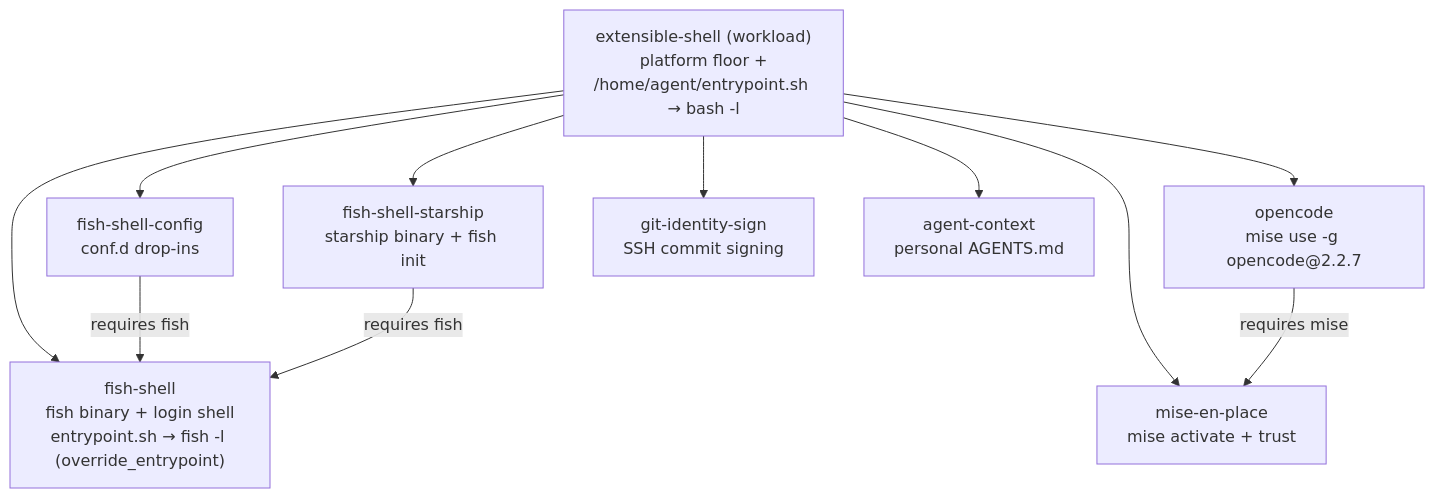
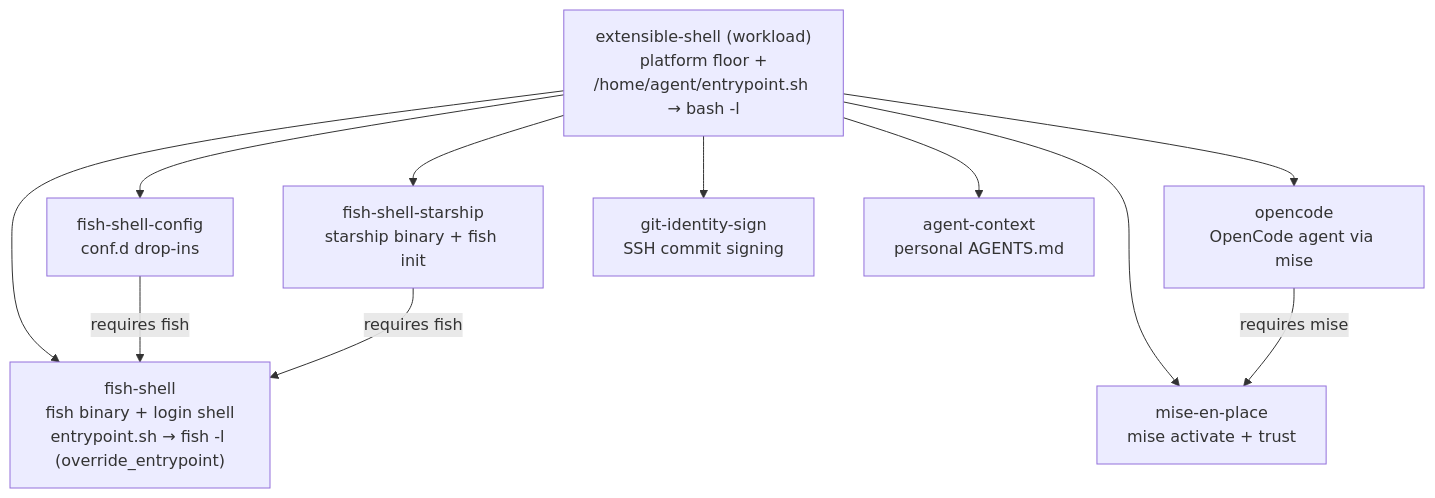
One commit to dirkgroot/docker-sbx-kits changed the diagram in .lode/kits/summary.md. Above: the diagram before and after it, drawn with Mermaid. The commit also changed other lines of this file and 9 other files, not shown here.

````diff
--- a/.lode/kits/summary.md
+++ b/.lode/kits/summary.md
@@ -21,14 +21,14 @@
 ```mermaid
 flowchart TD
     wl["extensible-shell (workload)<br/>platform floor +<br/>/home/agent/entrypoint.sh → bash -l"]
     wl --> fs["fish-shell<br/>fish binary + login shell<br/>entrypoint.sh → fish -l (override_entrypoint)"]
     wl --> cfg["fish-shell-config<br/>conf.d drop-ins"]
     wl --> st["fish-shell-starship<br/>starship binary + fish init"]
     wl --> me["mise-en-place<br/>mise activate + trust"]
-    wl --> oc["opencode<br/>mise use -g opencode@2.2.7"]
+    wl --> oc["opencode<br/>OpenCode agent via mise"]
     wl --> gi["git-identity-sign<br/>SSH commit signing"]
     wl --> ac["agent-context<br/>personal AGENTS.md"]
     oc -->|requires mise| me
     cfg -->|requires fish| fs
     st -->|requires fish| fs
 ```
````
